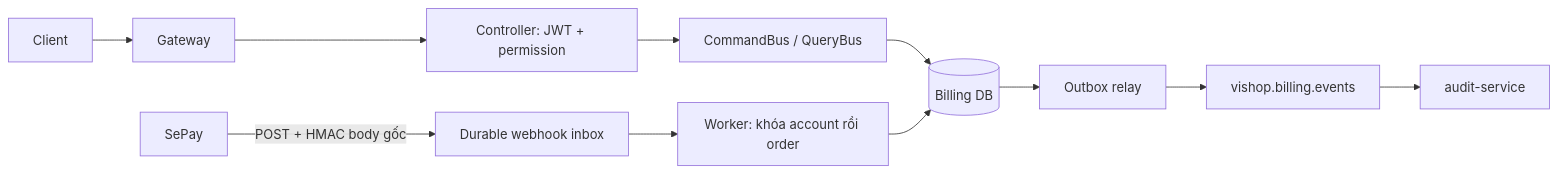
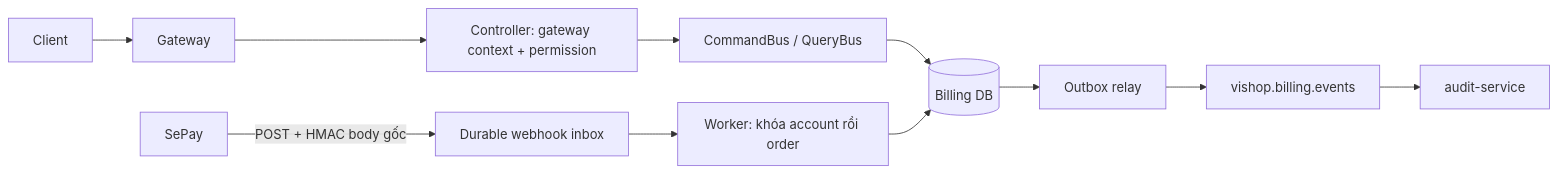
One commit to NDQuynh259/vishop-platform changed the diagram in services/subscription-service/README.md. Above: the diagram before and after it, drawn with Mermaid. The commit also changed other lines of this file and 85 other files, not shown here.

First line of the commit message:
feat: Implement Gateway Context Signers and IAM Access Token Claims

````diff
--- a/services/subscription-service/README.md
+++ b/services/subscription-service/README.md
@@ -11,12 +11,12 @@
 ```mermaid
 flowchart LR
-  Client --> Gateway --> Controller[Controller: JWT + permission]
+  Client --> Gateway --> Controller[Controller: gateway context + permission]
   Controller --> CQRS[CommandBus / QueryBus]
   CQRS --> DB[(Billing DB)]
   SePay -->|POST + HMAC body gốc| Inbox[Durable webhook inbox]
   Inbox --> Worker[Worker: khóa account rồi order]
   Worker --> DB
   DB --> Outbox[Outbox relay]
   Outbox --> Kafka[vishop.billing.events]
   Kafka --> Audit[audit-service]
 ```
````
